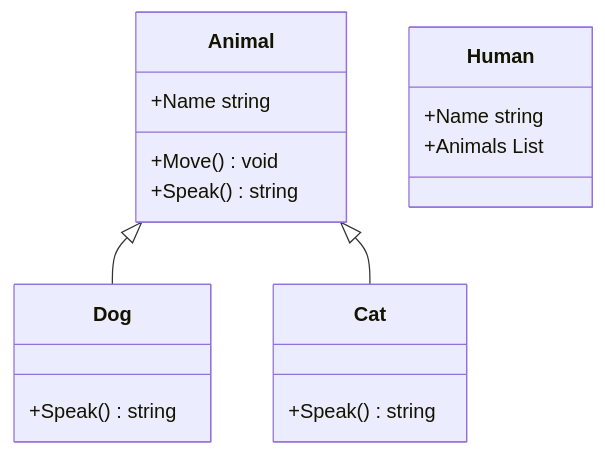
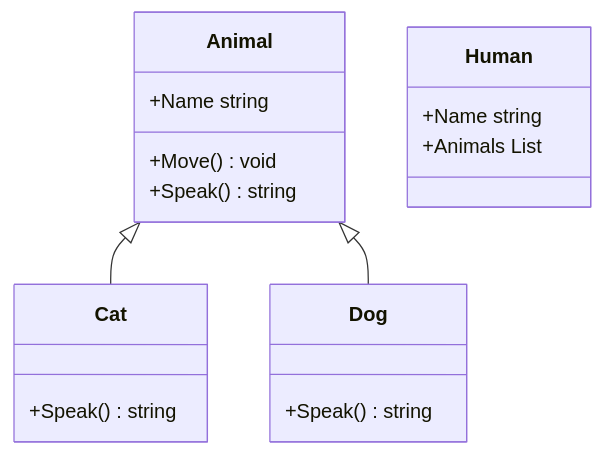
One commit to nurzhanme/SharpmaidGithubActionSample changed the diagram in UML.md. Above: the diagram before and after it, drawn with Mermaid. The commit also changed other lines of this file, not shown here.

Commit message:
UML generated

````diff
--- a/UML.md
+++ b/UML.md
@@ -1,20 +1,20 @@
 ```mermaid
 classDiagram
-Animal  <|-- Dog
-class Dog{
-+Speak() string
-}
-class Animal{
-+Name string
-+Move() void
-+Speak() string
-}
 Animal  <|-- Cat
 class Cat{
 +Speak() string
 }
 class Human{
 +Name string
 +Animals List<Animal>
 }
+class Animal{
++Name string
++Move() void
++Speak() string
+}
+Animal  <|-- Dog
+class Dog{
++Speak() string
+}
 ```
````
